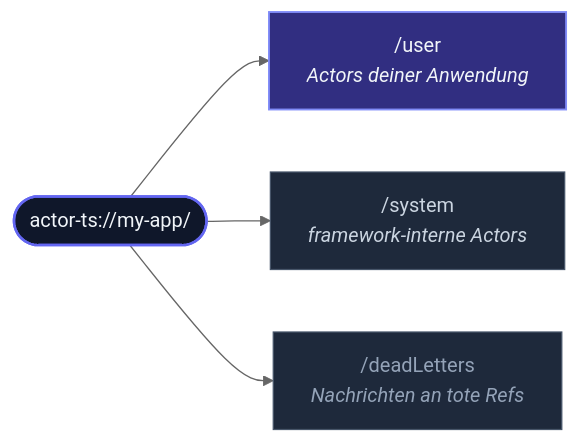
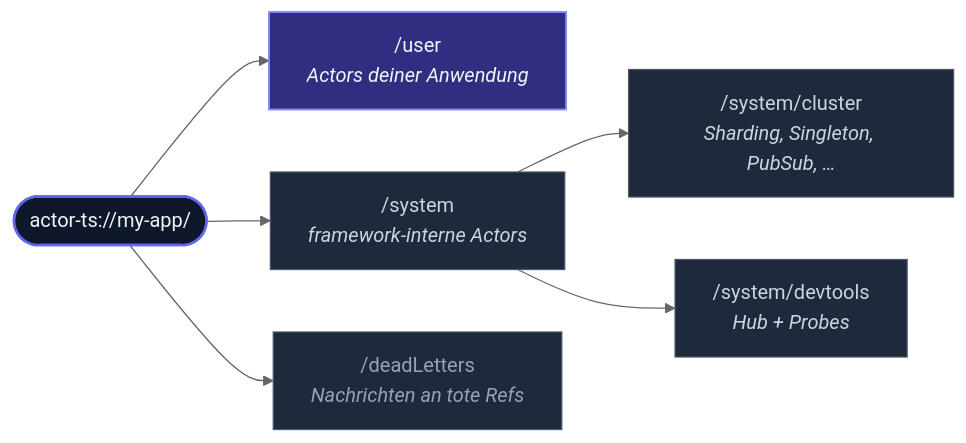
One commit to pathosDev/actor-ts changed the diagram in docs/src/content/docs/de/fundamentals/actor-system.mdx. Above: the diagram before and after it, drawn with Mermaid (neutral theme). The commit also changed other lines of this file and 22 other files, not shown here.

````diff
--- a/docs/src/content/docs/de/fundamentals/actor-system.mdx
+++ b/docs/src/content/docs/de/fundamentals/actor-system.mdx
@@ -126,18 +126,22 @@
 ```mermaid
 flowchart LR
   ROOT(["actor-ts://my-app/"])
   USER["/user<br/><i>Actors deiner Anwendung</i>"]
   SYS["/system<br/><i>framework-interne Actors</i>"]
   DEAD["/deadLetters<br/><i>Nachrichten an tote Refs</i>"]
+  CLU["/system/cluster<br/><i>Sharding, Singleton, PubSub, …</i>"]
+  DT["/system/devtools<br/><i>Hub + Probes</i>"]
   ROOT --> USER
   ROOT --> SYS
   ROOT --> DEAD
+  SYS --> CLU
+  SYS --> DT
   classDef root  fill:#0f172a,stroke:#6366f1,stroke-width:2px,color:#f1f5f9;
   classDef user  fill:#312e81,stroke:#818cf8,stroke-width:1.5px,color:#f1f5f9;
   classDef sys   fill:#1e293b,stroke:#475569,color:#cbd5e1;
   classDef dead  fill:#1e293b,stroke:#475569,color:#94a3b8;
   class ROOT root
   class USER user
-  class SYS sys
+  class SYS,CLU,DT sys
   class DEAD dead
 ```
````
